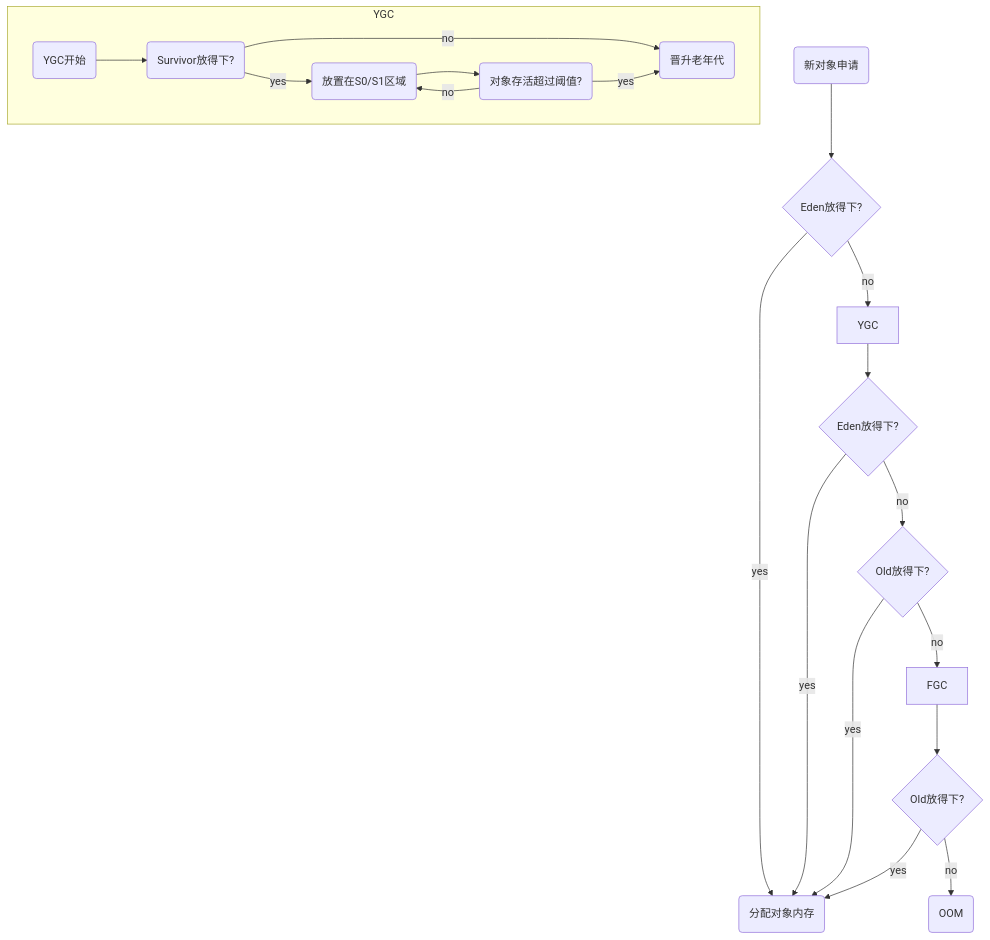
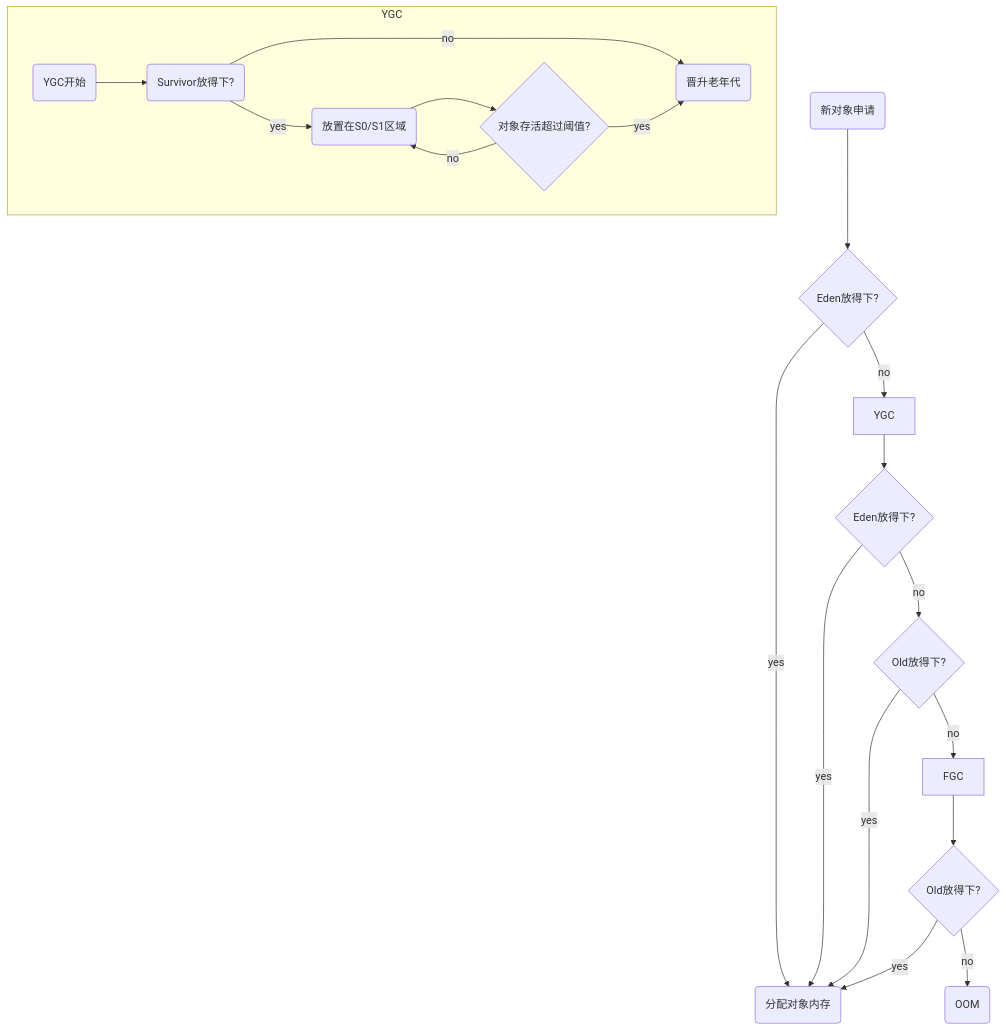
One commit to Jinhua-Lee/Learning changed the diagram in src/main/java/cn/jvm/08_堆.md. Above: the diagram before and after it, drawn with Mermaid.

Commit message:
修正流程图

````diff
--- a/src/main/java/cn/jvm/08_堆.md
+++ b/src/main/java/cn/jvm/08_堆.md
@@ -73,26 +73,26 @@
 ```mermaid
 graph TB
  st(新对象申请) --> cond_eden{Eden放得下?}
  cond_eden --> | yes | op_ram(分配对象内存)
  cond_eden --> | no | op_ygc[YGC]
  
  op_ygc --> cond_eden2{Eden放得下?}
  cond_eden2 --> | yes | op_ram
  cond_eden2 --> | no | cond_oldgen{Old放得下?}
  
  cond_oldgen --> | yes | op_ram
  cond_oldgen --> | no | op_fgc[FGC]
  op_fgc --> cond_oldgen2{Old放得下?}
  
  cond_oldgen2 --> | yes | op_ram
  cond_oldgen2 --> | no | ed(OOM)
  subgraph YGC
  	st1(YGC开始) --> cond_s(Survivor放得下?)
  	cond_s --> | yes | op_s(放置在S0/S1区域)
  	cond_s --> | no | ed2(晋升老年代)
 
- 	op_s --> cond_thres(对象存活超过阈值?)
+ 	op_s --> cond_thres{对象存活超过阈值?}
  	cond_thres --> | yes | ed2
 	cond_thres --> | no | op_s
  end
 ```
````
